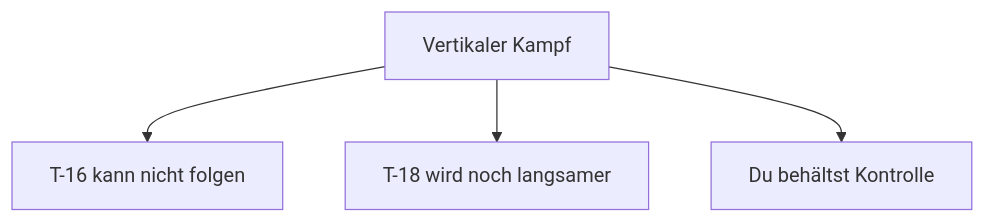
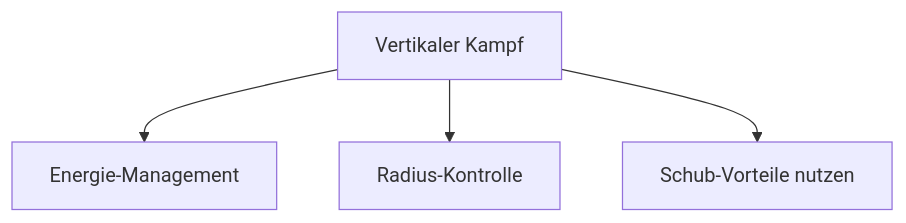
Before and after one commit to lukaio3D/VFM_Wiki: the first of 5 diagrams in docs/grundlagen/vertikal-manoever.md, drawn with Mermaid. The commit also changed other lines of this file and 13 other files, not shown here.

````diff
--- a/docs/grundlagen/vertikal-manoever.md
+++ b/docs/grundlagen/vertikal-manoever.md
@@ -12,6 +14,6 @@
 ```mermaid
 flowchart TD
-    VERT[Vertikaler Kampf] --> ADV1[T-16 kann nicht folgen]
-    VERT --> ADV2[T-18 wird noch langsamer]
-    VERT --> ADV3[Du behältst Kontrolle]
+    VERT[Vertikaler Kampf] --> ADV1[Energie-Management]
+    VERT --> ADV2[Radius-Kontrolle]
+    VERT --> ADV3[Schub-Vorteile nutzen]
 ```
````
